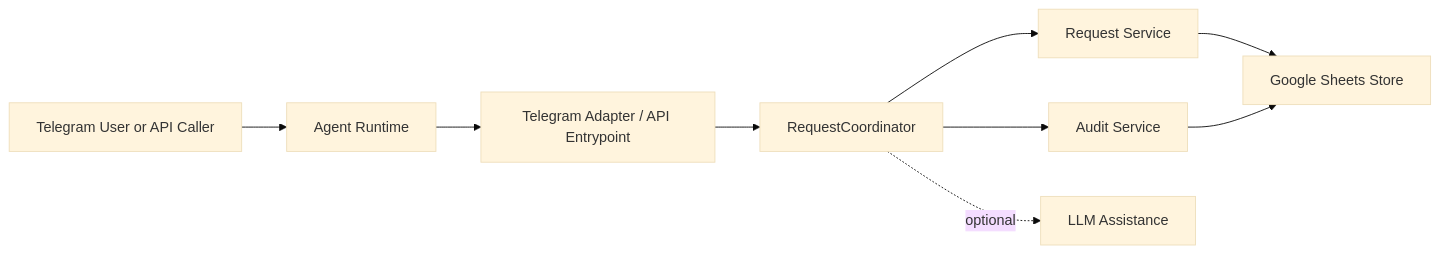
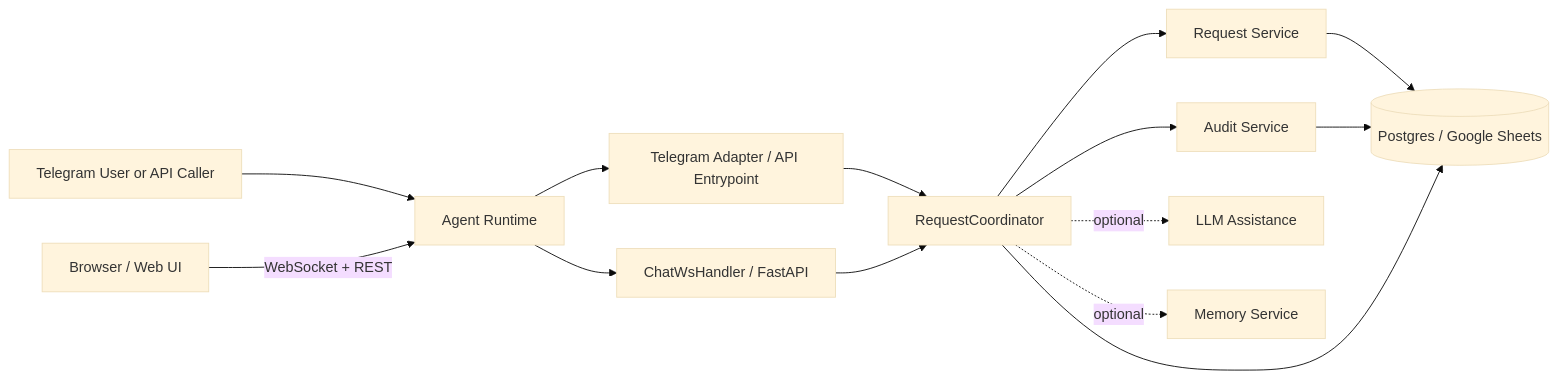
Before and after one commit to nhnhat1208/marker-checker: the diagram in docs/technical-design/architecture.md, drawn with Mermaid (base theme). The commit also changed other lines of this file and 126 other files, not shown here.

````diff
--- a/docs/technical-design/architecture.md
+++ b/docs/technical-design/architecture.md
@@ -17,11 +17,16 @@
 ```mermaid
 flowchart LR
     A[Telegram User or API Caller] --> B[Agent Runtime]
+    W[Browser / Web UI] -->|WebSocket + REST| B
     B --> C[Telegram Adapter / API Entrypoint]
+    B --> WS[ChatWsHandler / FastAPI]
     C --> D[RequestCoordinator]
+    WS --> D
     D --> E[Request Service]
     D --> F[Audit Service]
     D -. optional .-> G[LLM Assistance]
-    E --> H[Google Sheets Store]
+    D -. optional .-> M[Memory Service]
+    E --> H[(Postgres / Google Sheets)]
     F --> H
+    D --> H
 ```
````
